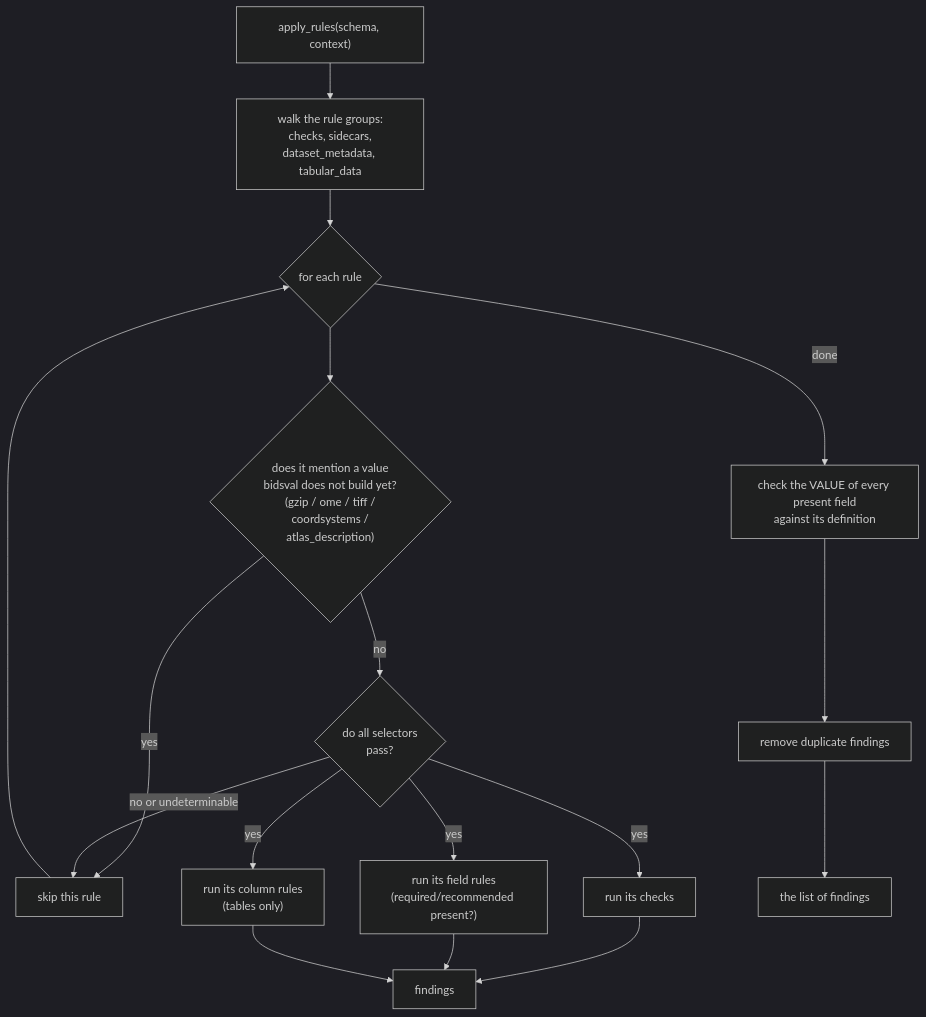
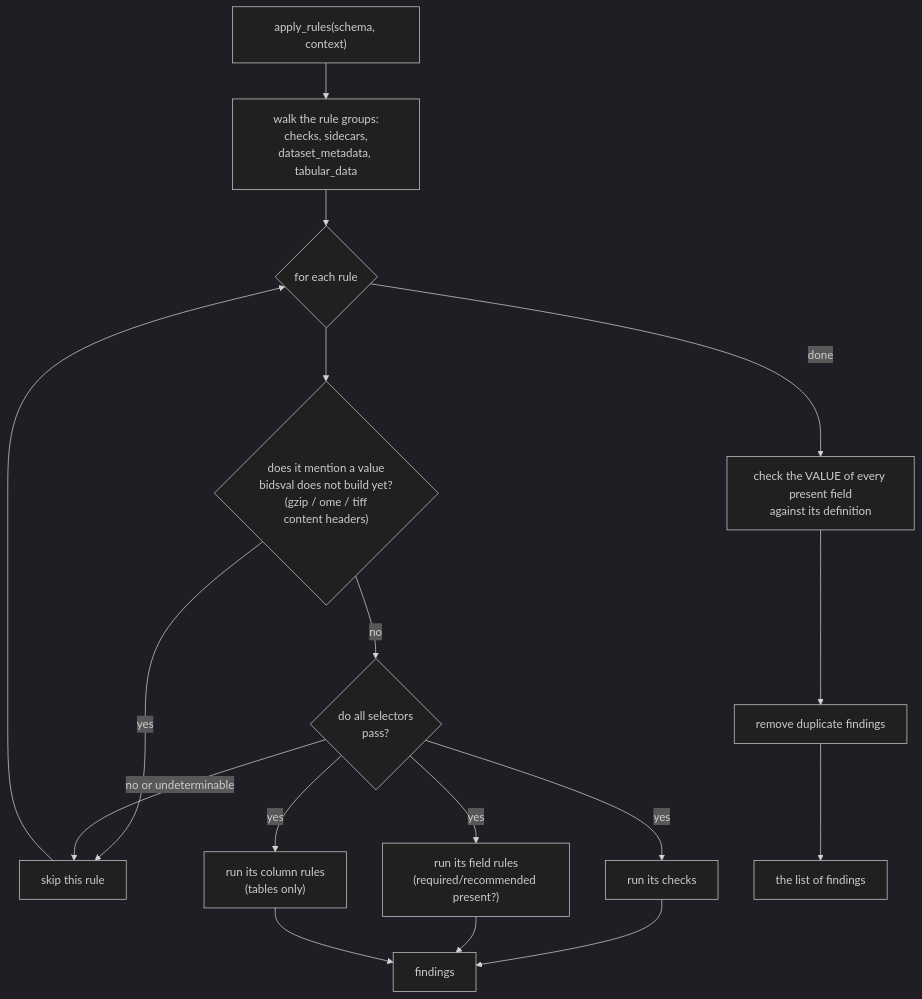
Diagram 12 of 16 in docs/internals.md (karellopez/bidsval), drawn with Mermaid (dark theme) before and after one commit. The commit also changed other lines of this file and 2 other files, not shown here.

First line of the commit message:
docs: record value-type checking, type redefinition, and the built aggregates

````diff
--- a/docs/internals.md
+++ b/docs/internals.md
@@ -689,19 +691,19 @@
 ```mermaid
 flowchart TD
     A["apply_rules(schema, context)"] --> B["walk the rule groups:<br/>checks, sidecars,<br/>dataset_metadata, tabular_data"]
     B --> C{"for each rule"}
-    C --> EVAL{"does it mention a value<br/>bidsval does not build yet?<br/>(gzip / ome / tiff /<br/>coordsystems /<br/>atlas_description)"}
+    C --> EVAL{"does it mention a value<br/>bidsval does not build yet?<br/>(gzip / ome / tiff<br/>content headers)"}
     EVAL -->|yes| SKIP["skip this rule"]
     EVAL -->|no| SEL{"do all selectors<br/>pass?"}
     SEL -->|"no or undeterminable"| SKIP
     SEL -->|yes| K["run its checks"]
     SEL -->|yes| FLD["run its field rules<br/>(required/recommended present?)"]
     SEL -->|yes| COL["run its column rules<br/>(tables only)"]
     K --> ISS["findings"]
     FLD --> ISS
     COL --> ISS
     SKIP --> C
     C -->|done| GV["check the VALUE of every present field<br/>against its definition"]
     GV --> DD["remove duplicate findings"]
     DD --> OUT["the list of findings"]
 ```
````
